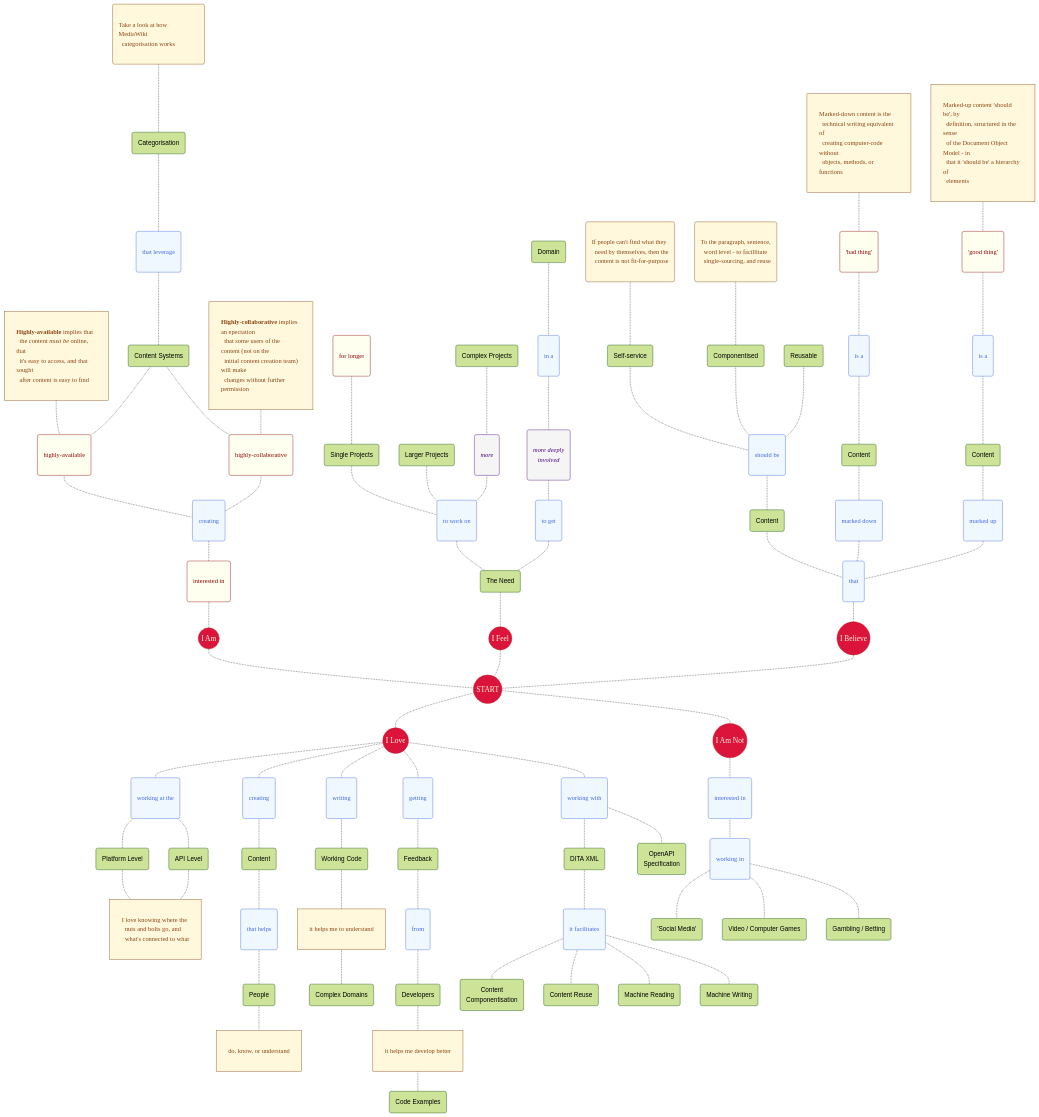
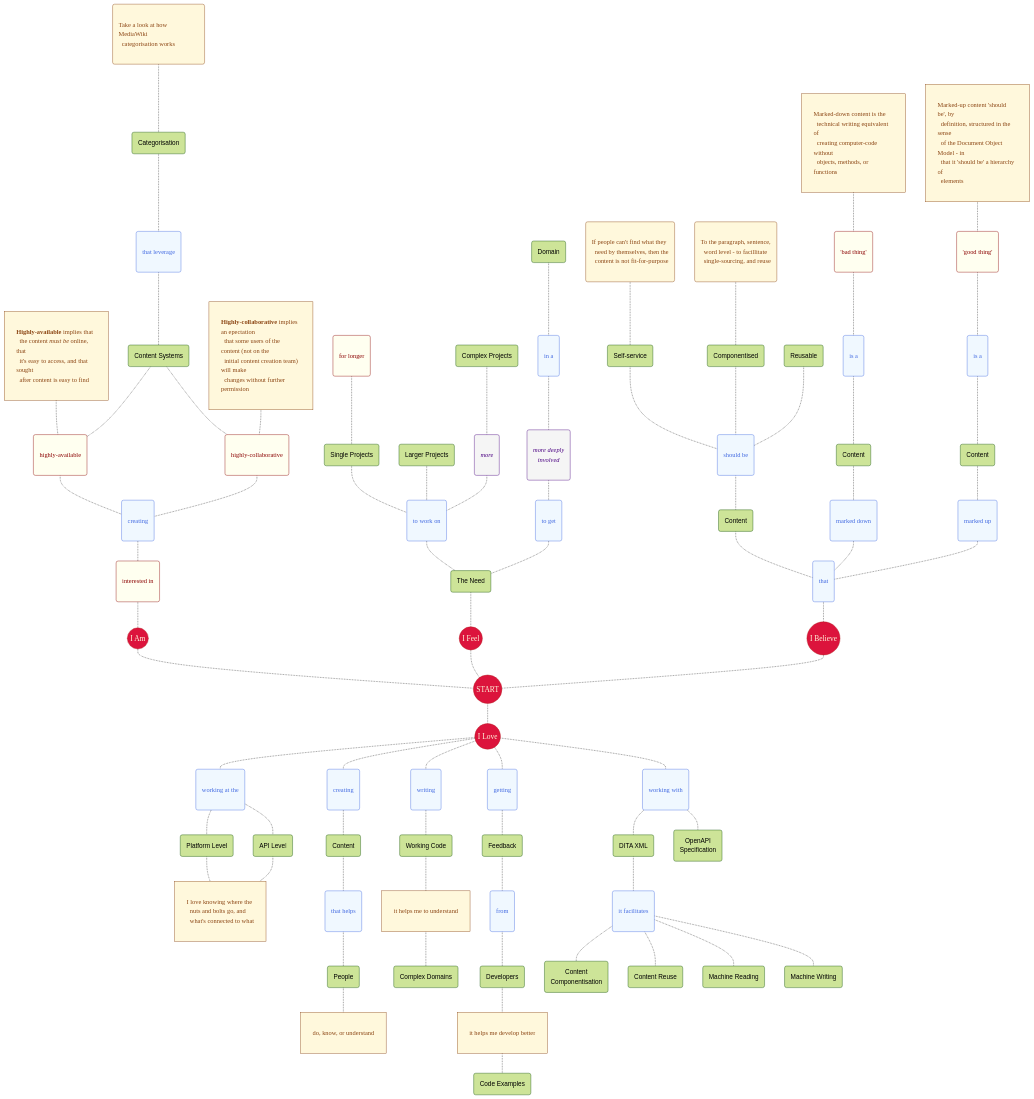
One commit to joe-dorward/samples changed the diagram in my_mermaid_mindmap.md. Above: the diagram before and after it, drawn with Mermaid.

````diff
--- a/my_mermaid_mindmap.md
+++ b/my_mermaid_mindmap.md
@@ -222,21 +222,21 @@
 
 
   %%  ========== ========== ========== ========== ==========
-  IM_NOT(("I Am Not")):::Start
+  %%IM_NOT(("I Am Not")):::Start
 
-  INTERESTED_IN_2("interested in")
-  WORKING_IN("working in")
+  %%INTERESTED_IN_2("interested in")
+  %%WORKING_IN("working in")
 
-  class INTERESTED_IN_2,WORKING_IN Verb;
+  %%class INTERESTED_IN_2,WORKING_IN Verb;
 
-  SOCIAL_MEDIA("'Social Media'")
-  VIDEO_COMPUTER_GAMES("Video / Computer Games")
-  GAMBLING_BETTING("Gambling / Betting")
+  %%SOCIAL_MEDIA("'Social Media'")
+  %%VIDEO_COMPUTER_GAMES("Video / Computer Games")
+  %%GAMBLING_BETTING("Gambling / Betting")
 
-  IM_NOT-.-INTERESTED_IN_2-.-
-  WORKING_IN-.-SOCIAL_MEDIA
-  WORKING_IN-.-VIDEO_COMPUTER_GAMES
-  WORKING_IN-.-GAMBLING_BETTING
+  %%IM_NOT-.-INTERESTED_IN_2-.-
+  %%WORKING_IN-.-SOCIAL_MEDIA
+  %%WORKING_IN-.-VIDEO_COMPUTER_GAMES
+  %%WORKING_IN-.-GAMBLING_BETTING
 
   %% ========== ========== ========== ========== ==========
   I_AM(("I Am")):::Start
@@ -251,5 +251,5 @@
   I_BELIEVE-.-START
 
   START-.-I_LOVE
-  START-.-IM_NOT
+  %%START-.-IM_NOT
 ```
````
